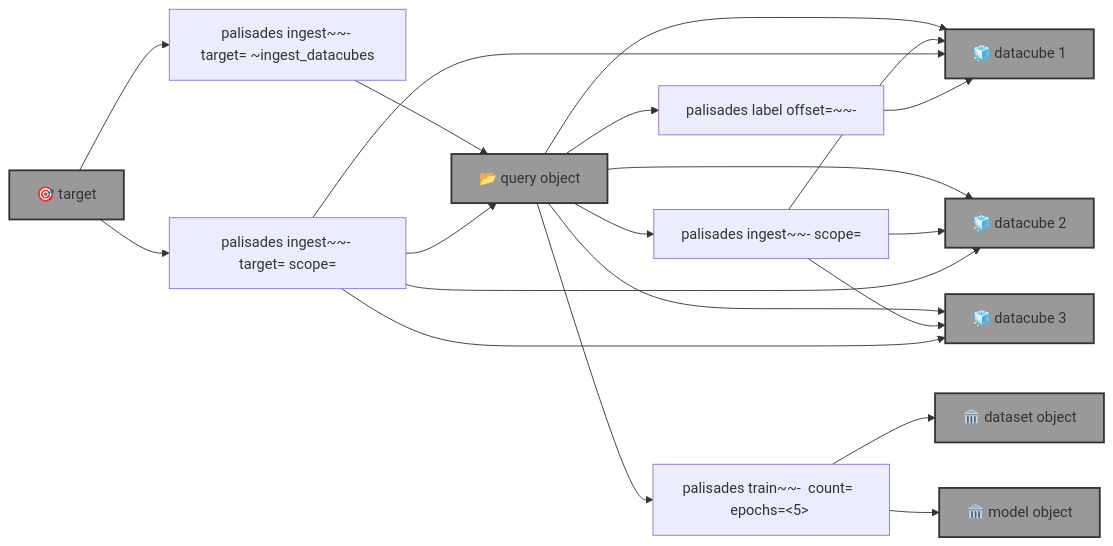
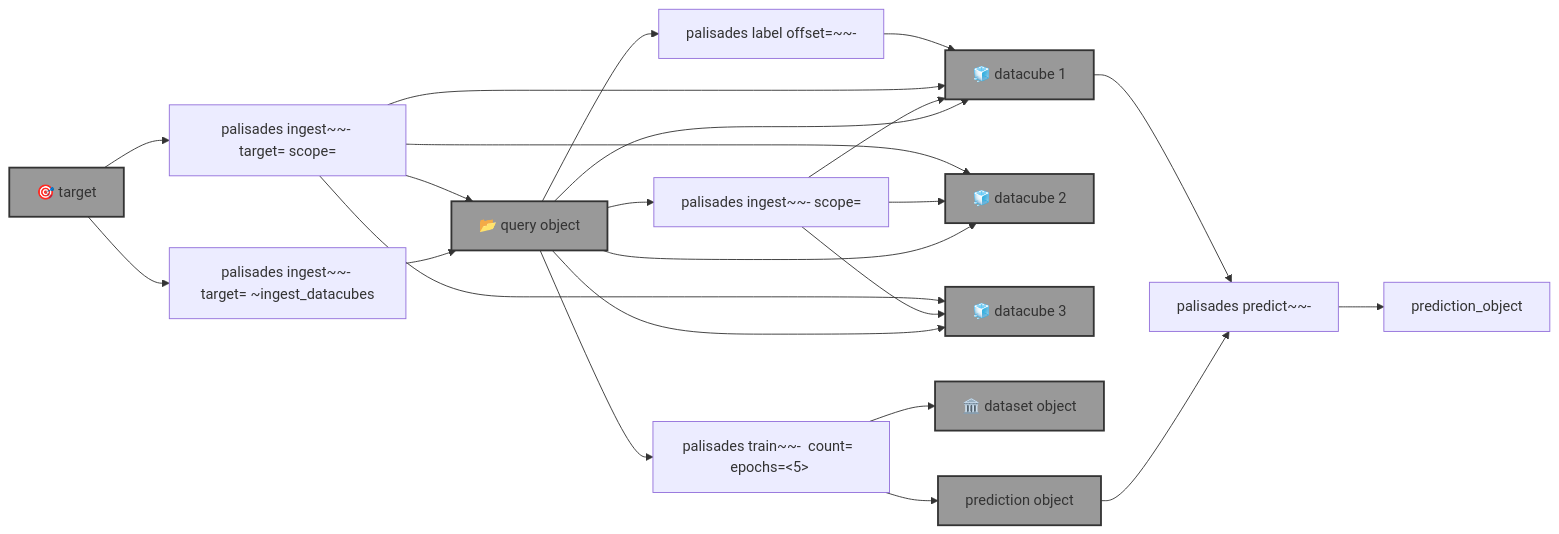
One commit to kamangir/blue-sandbox changed the diagram in blue_sandbox/palisades/template.md. Above: the diagram before and after it, drawn with Mermaid. The commit also changed 9 other files, not shown here.

Commit message:
palisades predict - kamangir/bolt#746

````diff
--- a/blue_sandbox/palisades/template.md
+++ b/blue_sandbox/palisades/template.md
@@ -5,47 +5,54 @@
 ```mermaid
 graph LR
     palisades_ingest_query_ingest["palisades ingest~~- <query-object-name> scope=<scope>"]
 
     palisades_ingest_target["palisades ingest~~- target=<target> ~ingest_datacubes"]
 
     palisades_ingest_target_ingest["palisades ingest~~- target=<target> scope=<scope>"]
 
     palisades_label["palisades label offset=<offset>~~- <query-object-name>"]
 
     palisades_train["palisades train~~- <query-object-name> count=<count> <dataset-object-name> epochs=<5> <model-object-name>"]
 
+    palisades_predict["palisades predict~~- <model-object-name> <datacube-id> <prediction-object-name>"]
+
     target["🎯 target"]:::folder
     query_object["📂 query object"]:::folder
     datacube_1["🧊 datacube 1"]:::folder
     datacube_2["🧊 datacube 2"]:::folder
     datacube_3["🧊 datacube 3"]:::folder
     dataset_object["🏛️ dataset object"]:::folder
     model_object["🏛️ model object"]:::folder
+    model_object["prediction object"]:::folder
 
     query_object --> datacube_1
     query_object --> datacube_2
     query_object --> datacube_3
 
     query_object --> palisades_ingest_query_ingest
     palisades_ingest_query_ingest --> datacube_1
     palisades_ingest_query_ingest --> datacube_2
     palisades_ingest_query_ingest --> datacube_3
 
     target --> palisades_ingest_target
     palisades_ingest_target --> query_object
 
     target --> palisades_ingest_target_ingest
     palisades_ingest_target_ingest --> query_object
     palisades_ingest_target_ingest --> datacube_1
     palisades_ingest_target_ingest --> datacube_2
     palisades_ingest_target_ingest --> datacube_3
 
     query_object --> palisades_label
     palisades_label --> datacube_1
 
     query_object --> palisades_train
     palisades_train --> dataset_object
     palisades_train --> model_object
 
+    model_object --> palisades_predict
+    datacube_1 --> palisades_predict
+    palisades_predict --> prediction_object
+
     classDef folder fill:#999,stroke:#333,stroke-width:2px;
 ```
````
